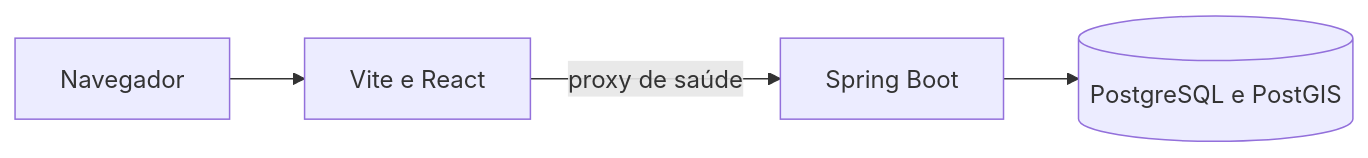
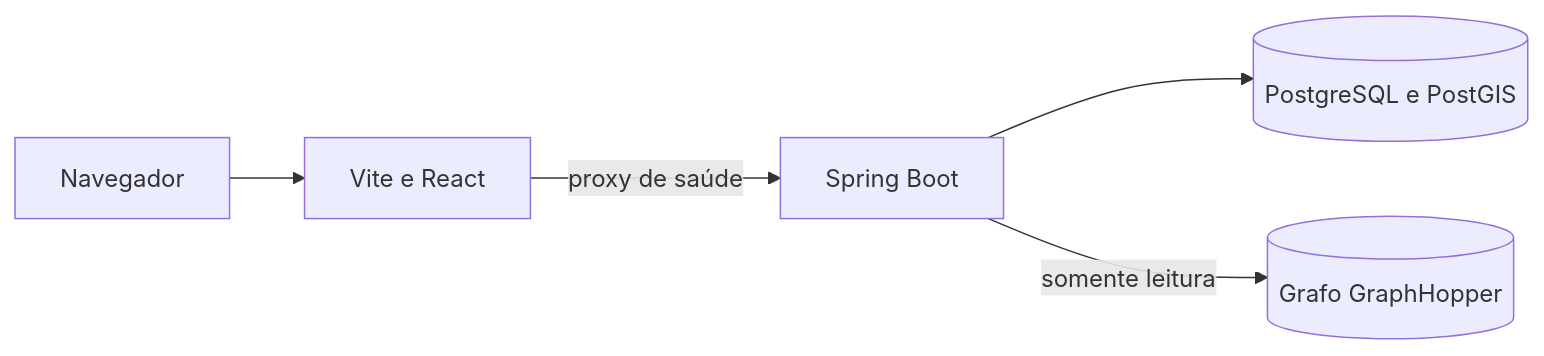
The first of 2 diagrams in docs/arquitetura.md (coder-gaia/BORA), drawn with Mermaid before and after one commit. The commit also changed other lines of this file and 54 other files, not shown here.

First line of the commit message:
feat(routing): add graphhopper routing and eta

````diff
--- a/docs/arquitetura.md
+++ b/docs/arquitetura.md
@@ -8,6 +8,7 @@
 ```mermaid
 flowchart LR
   Browser[Navegador] --> Web[Vite e React]
   Web -->|proxy de saúde| API[Spring Boot]
   API --> DB[(PostgreSQL e PostGIS)]
+  API -->|somente leitura| Graph[(Grafo GraphHopper)]
 ```
````
